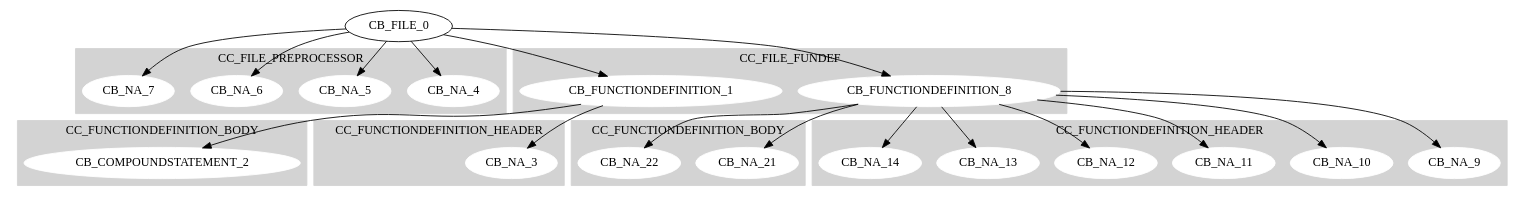
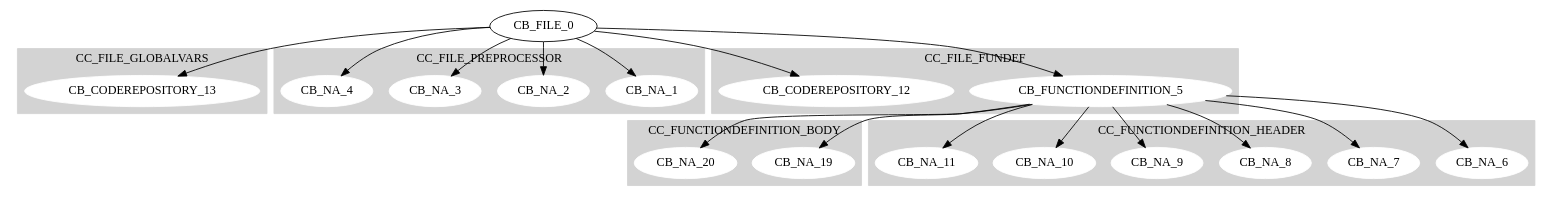
One commit to vasilismoulas/Compiler-C2ASM changed the diagram in C2ASM/TestBench/CodeStructure.dot. Above: the diagram before and after it, drawn with Graphviz. The commit also changed 28 other files, not shown here.

```diff
--- a/C2ASM/TestBench/CodeStructure.dot
+++ b/C2ASM/TestBench/CodeStructure.dot
@@ -1,60 +1,52 @@
 digraph {
 	subgraph cluster0{
 		node [style=filled,color=white];
 		style=filled;
 		color=lightgrey;
-		CB_NA_4;CB_NA_5;CB_NA_6;CB_NA_7;
-		label=CC_FILE_PREPROCESSOR;
+		CB_CODEREPOSITORY_13;
+		label=CC_FILE_GLOBALVARS;
 	}
 	subgraph cluster1{
 		node [style=filled,color=white];
 		style=filled;
 		color=lightgrey;
-		CB_FUNCTIONDEFINITION_1;CB_FUNCTIONDEFINITION_8;
-		label=CC_FILE_FUNDEF;
+		CB_NA_1;CB_NA_2;CB_NA_3;CB_NA_4;
+		label=CC_FILE_PREPROCESSOR;
 	}
-"CB_FILE_0"->"CB_NA_4"
-"CB_FILE_0"->"CB_NA_5"
-"CB_FILE_0"->"CB_NA_6"
-"CB_FILE_0"->"CB_NA_7"
 	subgraph cluster2{
 		node [style=filled,color=white];
 		style=filled;
 		color=lightgrey;
-		CB_COMPOUNDSTATEMENT_2;
-		label=CC_FUNCTIONDEFINITION_BODY;
+		CB_FUNCTIONDEFINITION_5;CB_CODEREPOSITORY_12;
+		label=CC_FILE_FUNDEF;
 	}
+"CB_FILE_0"->"CB_NA_1"
+"CB_FILE_0"->"CB_NA_2"
+"CB_FILE_0"->"CB_NA_3"
+"CB_FILE_0"->"CB_NA_4"
+"CB_FILE_0"->"CB_CODEREPOSITORY_13"
 	subgraph cluster3{
 		node [style=filled,color=white];
 		style=filled;
 		color=lightgrey;
-		CB_NA_3;
-		label=CC_FUNCTIONDEFINITION_HEADER;
+		CB_NA_19;CB_NA_20;
+		label=CC_FUNCTIONDEFINITION_BODY;
 	}
-"CB_FUNCTIONDEFINITION_1"->"CB_NA_3"
-"CB_FUNCTIONDEFINITION_1"->"CB_COMPOUNDSTATEMENT_2"
-"CB_FILE_0"->"CB_FUNCTIONDEFINITION_1"
 	subgraph cluster4{
 		node [style=filled,color=white];
 		style=filled;
 		color=lightgrey;
-		CB_NA_21;CB_NA_22;
-		label=CC_FUNCTIONDEFINITION_BODY;
-	}
-	subgraph cluster5{
-		node [style=filled,color=white];
-		style=filled;
-		color=lightgrey;
-		CB_NA_9;CB_NA_10;CB_NA_11;CB_NA_12;CB_NA_13;CB_NA_14;
+		CB_NA_6;CB_NA_7;CB_NA_8;CB_NA_9;CB_NA_10;CB_NA_11;
 		label=CC_FUNCTIONDEFINITION_HEADER;
 	}
-"CB_FUNCTIONDEFINITION_8"->"CB_NA_9"
-"CB_FUNCTIONDEFINITION_8"->"CB_NA_10"
-"CB_FUNCTIONDEFINITION_8"->"CB_NA_11"
-"CB_FUNCTIONDEFINITION_8"->"CB_NA_12"
-"CB_FUNCTIONDEFINITION_8"->"CB_NA_13"
-"CB_FUNCTIONDEFINITION_8"->"CB_NA_14"
-"CB_FUNCTIONDEFINITION_8"->"CB_NA_21"
-"CB_FUNCTIONDEFINITION_8"->"CB_NA_22"
-"CB_FILE_0"->"CB_FUNCTIONDEFINITION_8"
+"CB_FUNCTIONDEFINITION_5"->"CB_NA_6"
+"CB_FUNCTIONDEFINITION_5"->"CB_NA_7"
+"CB_FUNCTIONDEFINITION_5"->"CB_NA_8"
+"CB_FUNCTIONDEFINITION_5"->"CB_NA_9"
+"CB_FUNCTIONDEFINITION_5"->"CB_NA_10"
+"CB_FUNCTIONDEFINITION_5"->"CB_NA_11"
+"CB_FUNCTIONDEFINITION_5"->"CB_NA_19"
+"CB_FUNCTIONDEFINITION_5"->"CB_NA_20"
+"CB_FILE_0"->"CB_FUNCTIONDEFINITION_5"
+"CB_FILE_0"->"CB_CODEREPOSITORY_12"
 }
```
